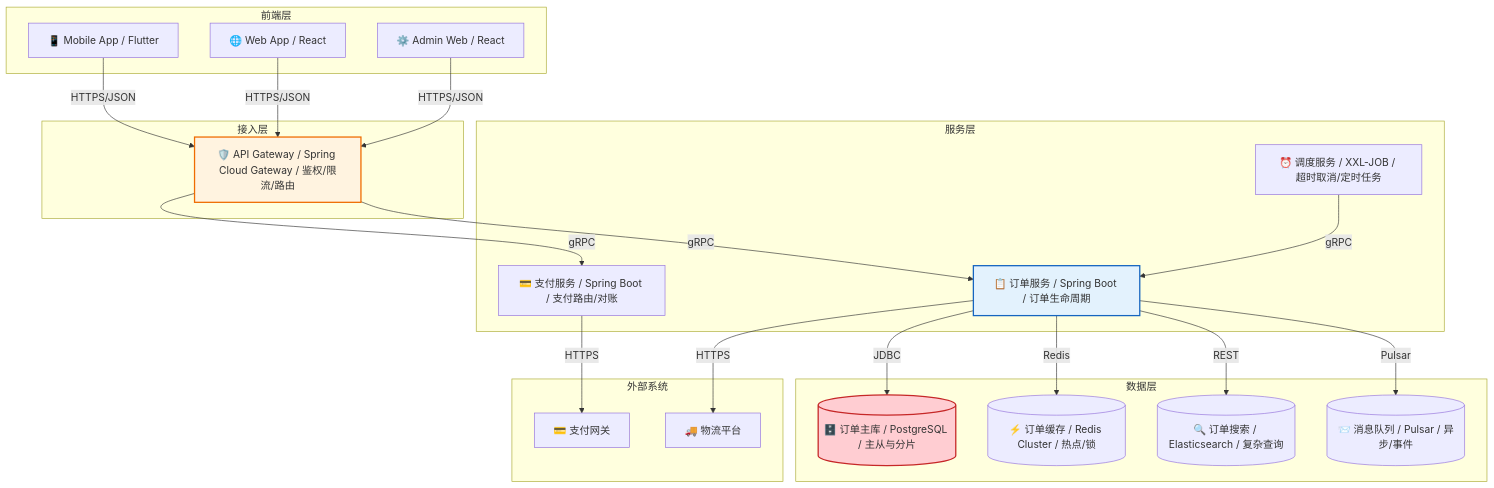
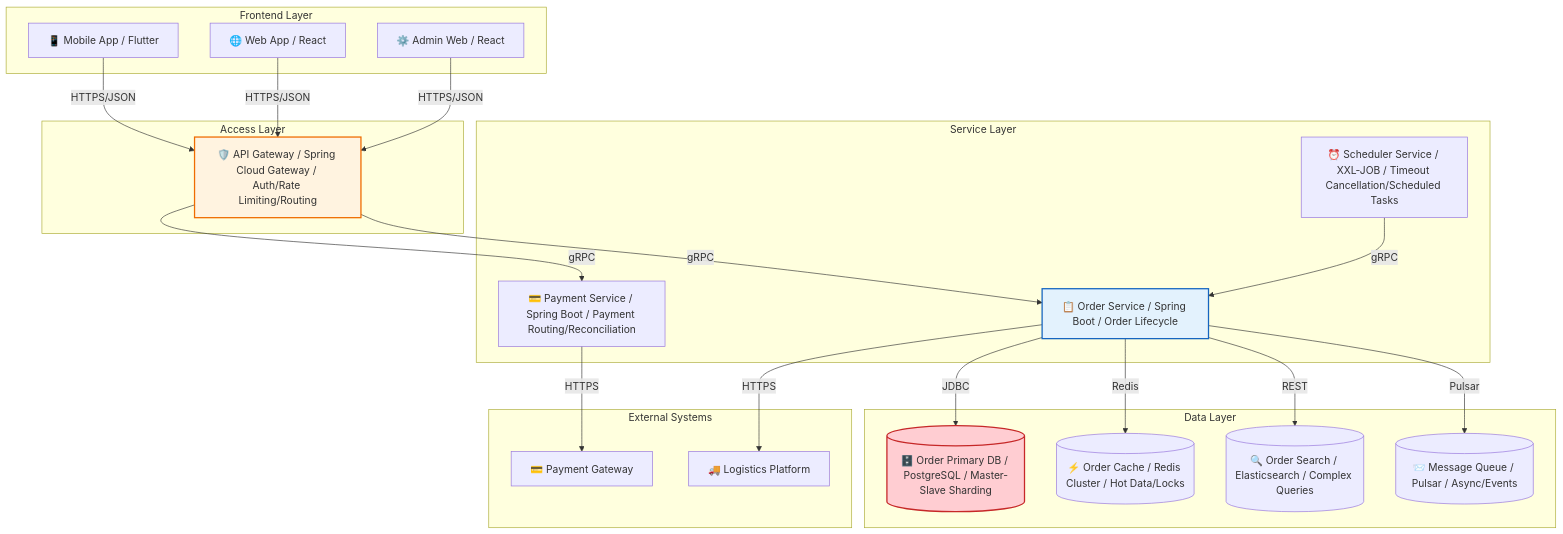
One commit to Kirky-X/cangjie changed the fifth of 15 diagrams in templates/产品/技术层/【模板】架构设计文档.md. Above: the diagram before and after it, drawn with Mermaid. The commit also changed other lines of this file and 46 other files, not shown here.

````diff
--- a/templates/产品/技术层/【模板】架构设计文档.md
+++ b/templates/产品/技术层/【模板】架构设计文档.md
@@ -235,47 +235,47 @@
 ```mermaid
 graph TB
-    subgraph 前端层
+    subgraph Frontend Layer
         F1[📱 Mobile App / Flutter]
         F2[🌐 Web App / React]
         F3[⚙️ Admin Web / React]
     end
 
-    subgraph 接入层
-        G1[🛡️ API Gateway / Spring Cloud Gateway / 鉴权/限流/路由]
+    subgraph Access Layer
+        G1[🛡️ API Gateway / Spring Cloud Gateway / Auth/Rate Limiting/Routing]
     end
 
-    subgraph 服务层
-        S1[📋 订单服务 / Spring Boot / 订单生命周期]
-        S2[💳 支付服务 / Spring Boot / 支付路由/对账]
-        S3[⏰ 调度服务 / XXL-JOB / 超时取消/定时任务]
+    subgraph Service Layer
+        S1[📋 Order Service / Spring Boot / Order Lifecycle]
+        S2[💳 Payment Service / Spring Boot / Payment Routing/Reconciliation]
+        S3[⏰ Scheduler Service / XXL-JOB / Timeout Cancellation/Scheduled Tasks]
     end
 
-    subgraph 数据层
-        D1[(🗄️ 订单主库 / PostgreSQL / 主从与分片)]
-        D2[(⚡ 订单缓存 / Redis Cluster / 热点/锁)]
-        D3[(🔍 订单搜索 / Elasticsearch / 复杂查询)]
-        D4[(📨 消息队列 / Pulsar / 异步/事件)]
+    subgraph Data Layer
+        D1[(🗄️ Order Primary DB / PostgreSQL / Master-Slave Sharding)]
+        D2[(⚡ Order Cache / Redis Cluster / Hot Data/Locks)]
+        D3[(🔍 Order Search / Elasticsearch / Complex Queries)]
+        D4[(📨 Message Queue / Pulsar / Async/Events)]
     end
 
-    subgraph 外部系统
-        E1[💳 支付网关]
-        E2[🚚 物流平台]
+    subgraph External Systems
+        E1[💳 Payment Gateway]
+        E2[🚚 Logistics Platform]
     end
 
     F1 --> |HTTPS/JSON| G1
     F2 --> |HTTPS/JSON| G1
     F3 --> |HTTPS/JSON| G1
     G1 -->|gRPC| S1
     G1 -->|gRPC| S2
     S1 -->|JDBC| D1
     S1 -->|Redis| D2
     S1 -->|REST| D3
     S1 -->|Pulsar| D4
     S2 -->|HTTPS| E1
     S1 -->|HTTPS| E2
     S3 -->|gRPC| S1
 
     style G1 fill:#fff3e0,stroke:#ef6c00,stroke-width:2px
     style S1 fill:#e3f2fd,stroke:#1565c0,stroke-width:2px
     style D1 fill:#ffcdd2,stroke:#c62828,stroke-width:2px
 ```
````
